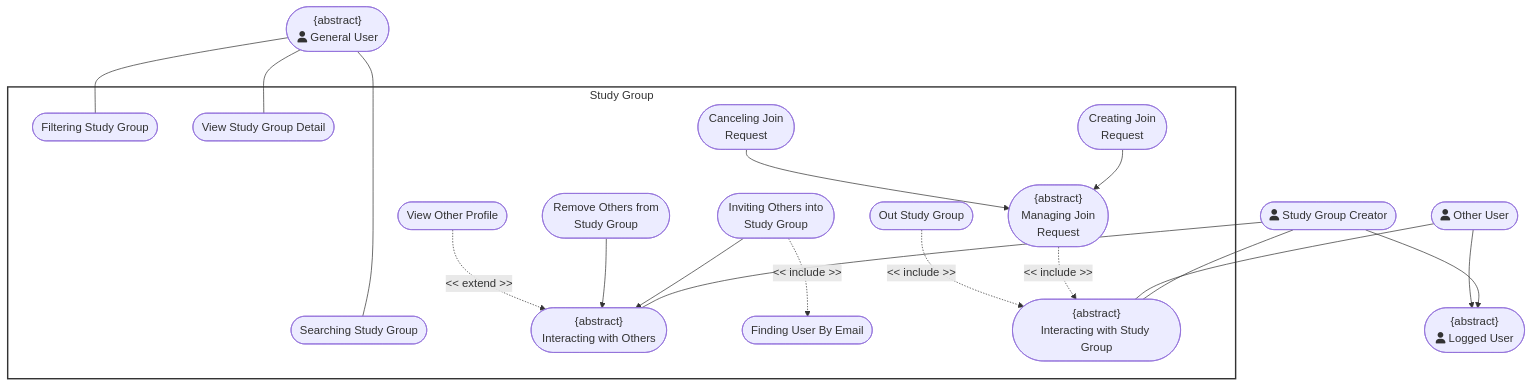
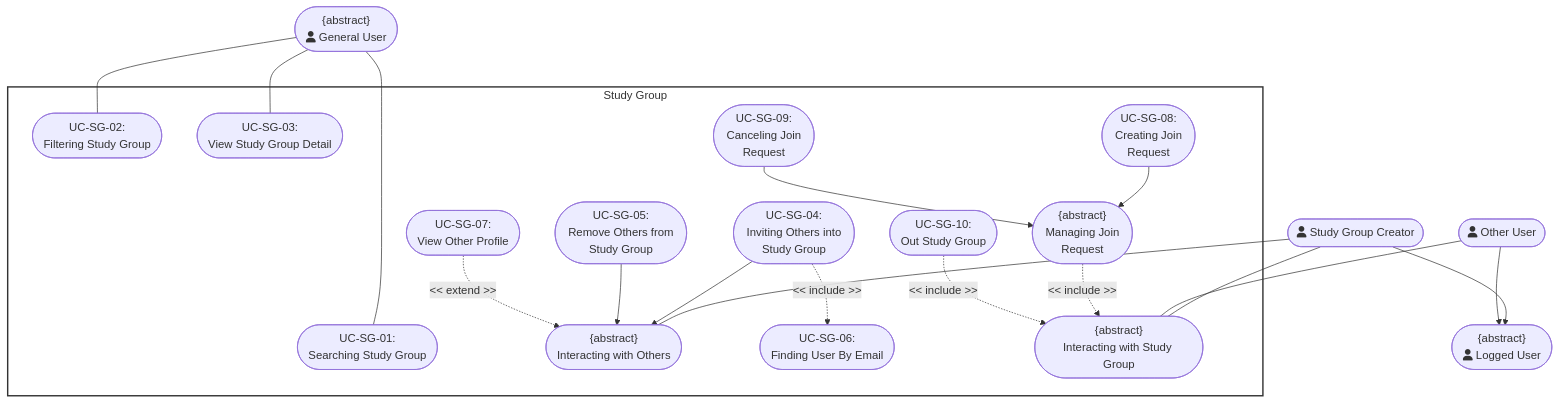
The sixth of 9 diagrams in docs/management/PA3/Use-CaseDiagram.md (DuyNhat1705/AmeThyst-Library), drawn with Mermaid before and after one commit. The commit also changed other lines of this file and 4 other files, not shown here.

````diff
--- a/docs/management/PA3/Use-CaseDiagram.md
+++ b/docs/management/PA3/Use-CaseDiagram.md
@@ -261,40 +261,40 @@
 ```mermaid
 flowchart TD
  subgraph StudyGroup["Study Group"]
-        UC1(["Searching Study Group"])
-        UC2(["Filtering Study Group"])
-        UC3(["View Study Group Detail"])
-        UC5(["Inviting Others into<br>Study Group"])
+        UC1(["<center>UC-SG-01:<br>Searching Study Group</center>"])
+        UC2(["<center>UC-SG-02:<br>Filtering Study Group</center>"])
+        UC3(["<center>UC-SG-03:<br>View Study Group Detail</center>"])
+        UC5(["<center>UC-SG-04:<br>Inviting Others into<br>Study Group</center>"])
         UC4(["<center>{abstract}<br>Interacting with Others</center>"])
-        UC6(["Remove Others from<br>Study Group"])
-        UC7(["Finding User By Email"])
-        UC8(["View Other Profile"])
+        UC6(["<center>UC-SG-05:<br>Remove Others from<br>Study Group</center>"])
+        UC7(["<center>UC-SG-06:<br>Finding User By Email</center>"])
+        UC8(["<center>UC-SG-07:<br>View Other Profile</center>"])
         UC9(["<center>{abstract}<br>Interacting with Study Group</center>"])
         UC10(["<center>{abstract}<br>Managing Join<br>Request</center>"])
-        UC11(["<center>Creating Join<br>Request</center>"])
-        UC12(["<center>Canceling Join<br>Request</center>"])
-        UC13(["Out Study Group"])
+        UC11(["<center>UC-SG-08:<br>Creating Join<br>Request</center>"])
+        UC12(["<center>UC-SG-09:<br>Canceling Join<br>Request</center>"])
+        UC13(["<center>UC-SG-10:<br>Out Study Group</center>"])
   end
-    StudyGroupCreator(["fa:fa-user Study Group Creator"]) --> User(["<center>{abstract}<br>fa:fa-user Logged User</center>"])
-    OtherUser(["fa:fa-user Other User"]) --> User
+    StudyGroupCreator(["<center>fa:fa-user Study Group Creator</center>"]) --> User(["<center>{abstract}<br>fa:fa-user Logged User</center>"])
+    OtherUser(["<center>fa:fa-user Other User</center>"]) --> User
     GeneralUser(["<center>{abstract}<br>fa:fa-user General User</center>"]) ~~~ StudyGroupCreator
     StudyGroupCreator ~~~ User
     GeneralUser ~~~~~ StudyGroup
     GeneralUser --- UC1 & UC2 & UC3
     StudyGroupCreator --- UC4 & UC9
     OtherUser --- UC9
 
     %% Generalization (Specific -> Abstract)
     UC5 --> UC4
     UC6 --> UC4
     UC11 --> UC10
     UC12 --> UC10
 
     %% Includes & Extends (Fixed from misuse of generalization)
     UC5 -. "<< include >>" .-> UC7
     UC8 -. "<< extend >>" .-> UC4
     UC10 -. "<< include >>" .-> UC9
     UC13 -. "<< include >>" .-> UC9
 
     style StudyGroup fill:#fff,stroke:#333,stroke-width:2px
 ```
````
